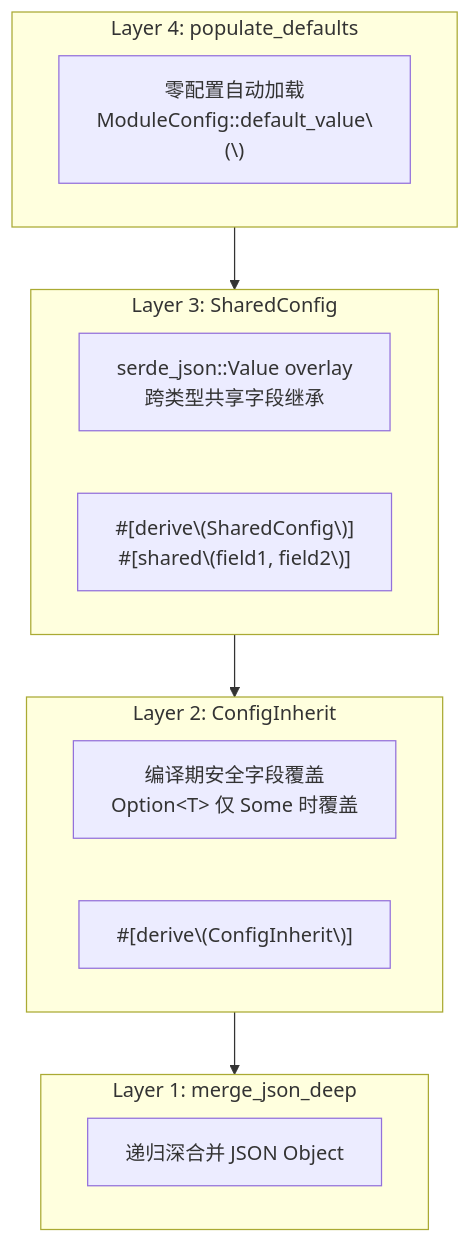
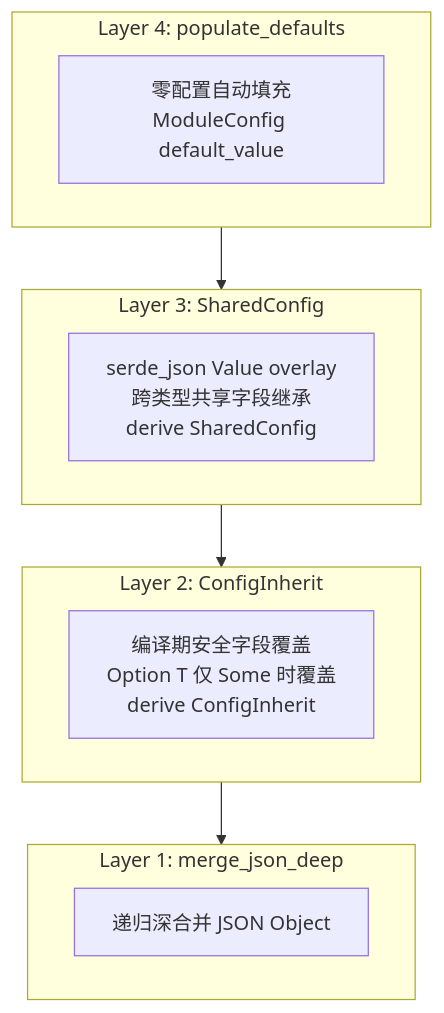
One commit to Kirky-X/trait-kit changed the fourth of 6 diagrams in docs/ARCHITECTURE.md. Above: the diagram before and after it, drawn with Mermaid. The commit also changed other lines of this file and 7 other files, not shown here.

Commit message:
docs(trait-kit): docs 文档套件统一优化 — emoji 化 h2 与折叠目录、文档间交叉链接网络、架构/数据流 mermaid 图、结构化内容表格化、清除内部任务追踪引用；失真内容对照 src/ 源码修正，基准数字与安全承诺口径原样保留

````diff
--- a/docs/ARCHITECTURE.md
+++ b/docs/ARCHITECTURE.md
@@ -148,22 +152,20 @@
 ```mermaid
 graph TB
+    subgraph Layer4["Layer 4: populate_defaults"]
+        L4["零配置自动填充<br/>ModuleConfig default_value"]
+    end
+
+    subgraph Layer3["Layer 3: SharedConfig"]
+        L3["serde_json Value overlay<br/>跨类型共享字段继承<br/>derive SharedConfig"]
+    end
+
+    subgraph Layer2["Layer 2: ConfigInherit"]
+        L2["编译期安全字段覆盖<br/>Option T 仅 Some 时覆盖<br/>derive ConfigInherit"]
+    end
+
     subgraph Layer1["Layer 1: merge_json_deep"]
         L1["递归深合并 JSON Object"]
     end
 
-    subgraph Layer2["Layer 2: ConfigInherit"]
-        L2["编译期安全字段覆盖\nOption&lt;T&gt; 仅 Some 时覆盖"]
-        L2D["#[derive\(ConfigInherit\)]"]
-    end
-
-    subgraph Layer3["Layer 3: SharedConfig"]
-        L3["serde_json::Value overlay\n跨类型共享字段继承"]
-        L3D["#[derive\(SharedConfig\)]\n#[shared\(field1, field2\)]"]
-    end
-
-    subgraph Layer4["Layer 4: populate_defaults"]
-        L4["零配置自动加载\nModuleConfig::default_value\(\)"]
-    end
-
     Layer4 --> Layer3 --> Layer2 --> Layer1
 ```
````
